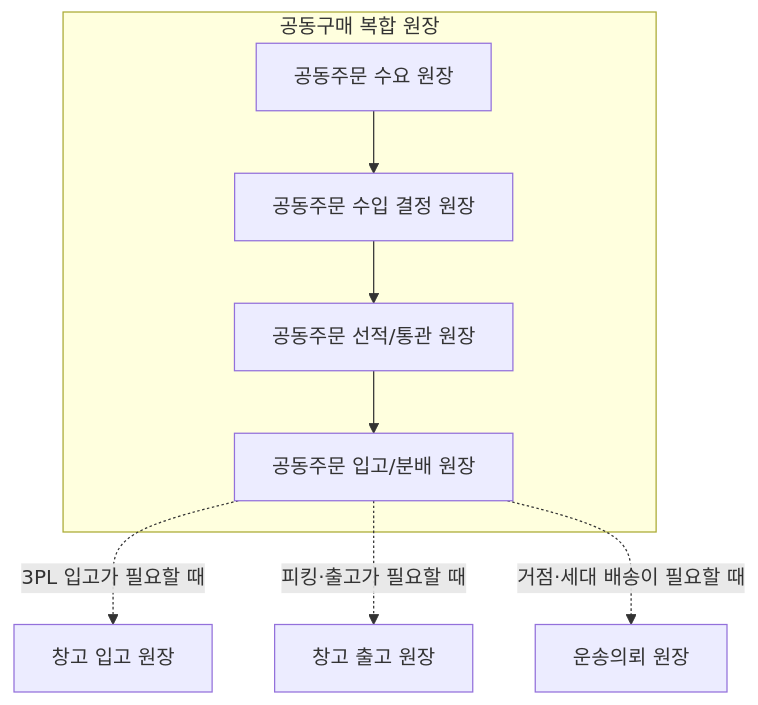
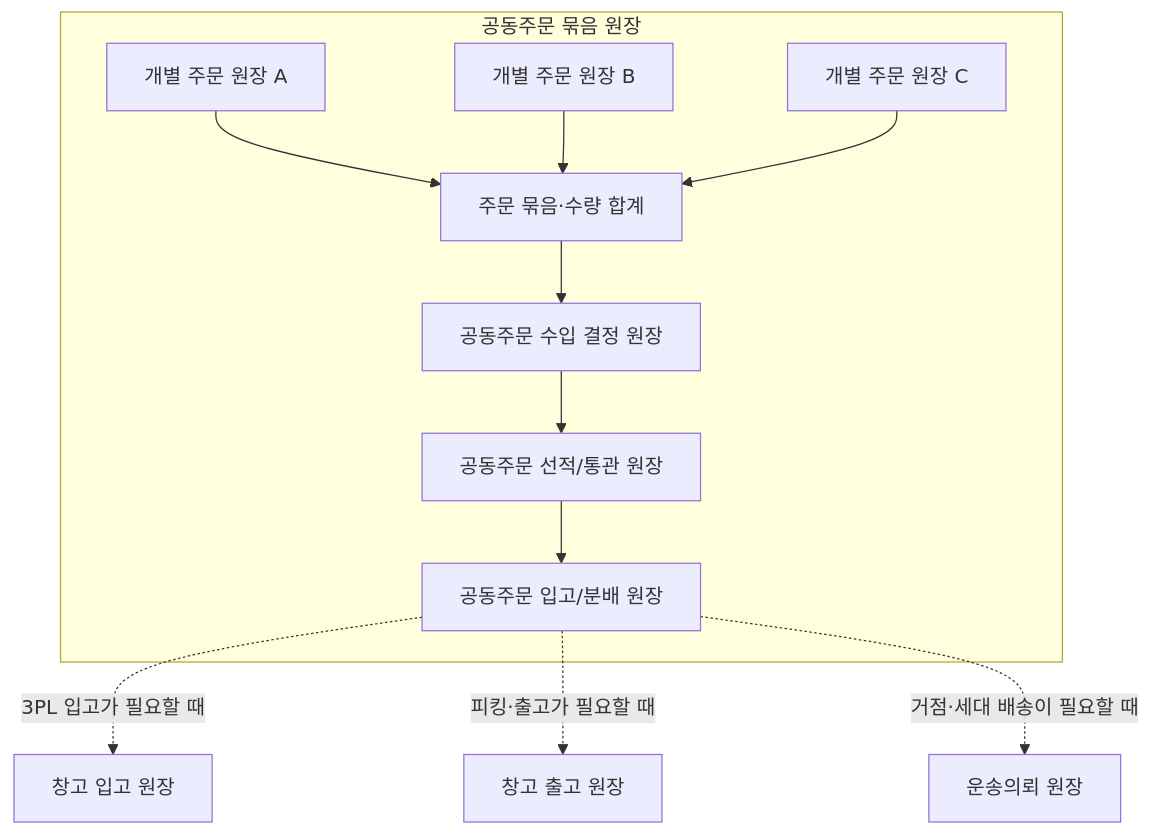
Before and after one commit to cheolwo/hongdal: the fourth of 5 diagrams in docs/Architecture/ThreeStageClientNavigation.md, drawn with Mermaid. The commit also changed other lines of this file and 38 other files, not shown here.

````diff
--- a/docs/Architecture/ThreeStageClientNavigation.md
+++ b/docs/Architecture/ThreeStageClientNavigation.md
@@ -99,11 +110,14 @@
 ```mermaid
 flowchart TD
-    subgraph GP["공동구매 복합 원장"]
-        A["공동주문 수요 원장"] --> B["공동주문 수입 결정 원장"]
+    subgraph GP["공동주문 묶음 원장"]
+        O1["개별 주문 원장 A"] --> A["주문 묶음·수량 합계"]
+        O2["개별 주문 원장 B"] --> A
+        O3["개별 주문 원장 C"] --> A
+        A --> B["공동주문 수입 결정 원장"]
         B --> C["공동주문 선적/통관 원장"]
         C --> D["공동주문 입고/분배 원장"]
     end
     D -. "3PL 입고가 필요할 때" .-> E["창고 입고 원장"]
     D -. "피킹·출고가 필요할 때" .-> F["창고 출고 원장"]
     D -. "거점·세대 배송이 필요할 때" .-> G["운송의뢰 원장"]
 ```
````
